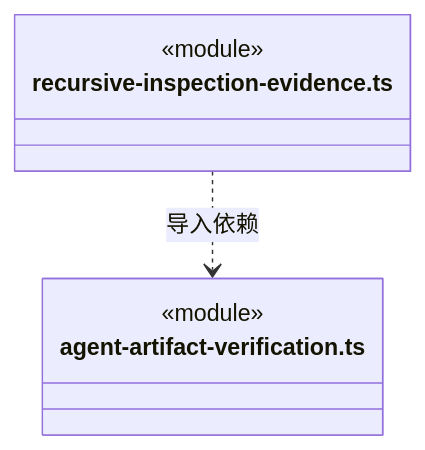
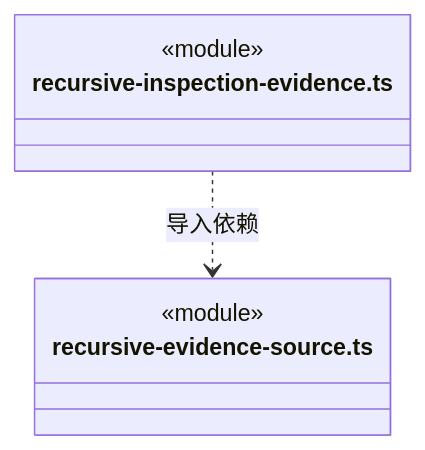
One commit to nan023062/cbim changed diagram 23 of 23 in src/logic/evidence/runtime/ARCHITECTURE.md. Above: the diagram before and after it, drawn with Mermaid. The commit also changed other lines of this file and 112 other files, not shown here.

Commit message:
docs: align source architecture with current declarations and contracts

````diff
--- a/src/logic/evidence/runtime/ARCHITECTURE.md
+++ b/src/logic/evidence/runtime/ARCHITECTURE.md
@@ -580,10 +578,10 @@
 ```mermaid
 classDiagram
 class N_src_logic_evidence_runtime_recursive_inspection_evidence_ts["recursive-inspection-evidence.ts"] {
   <<module>>
 }
-class N_src_logic_evidence_runtime_agent_artifact_verification_ts["agent-artifact-verification.ts"] {
+class N_src_logic_evidence_runtime_recursive_evidence_source_ts["recursive-evidence-source.ts"] {
   <<module>>
 }
-N_src_logic_evidence_runtime_recursive_inspection_evidence_ts ..> N_src_logic_evidence_runtime_agent_artifact_verification_ts : 导入依赖
+N_src_logic_evidence_runtime_recursive_inspection_evidence_ts ..> N_src_logic_evidence_runtime_recursive_evidence_source_ts : 导入依赖
 ```
````
